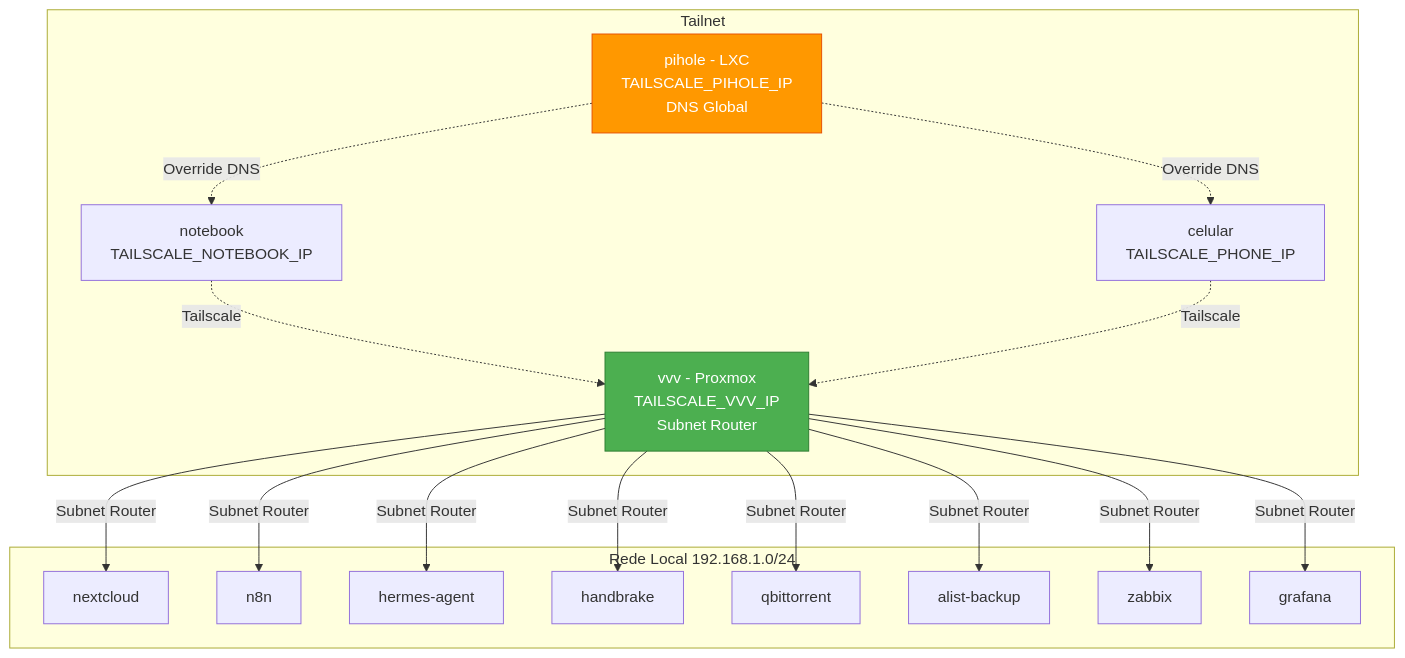
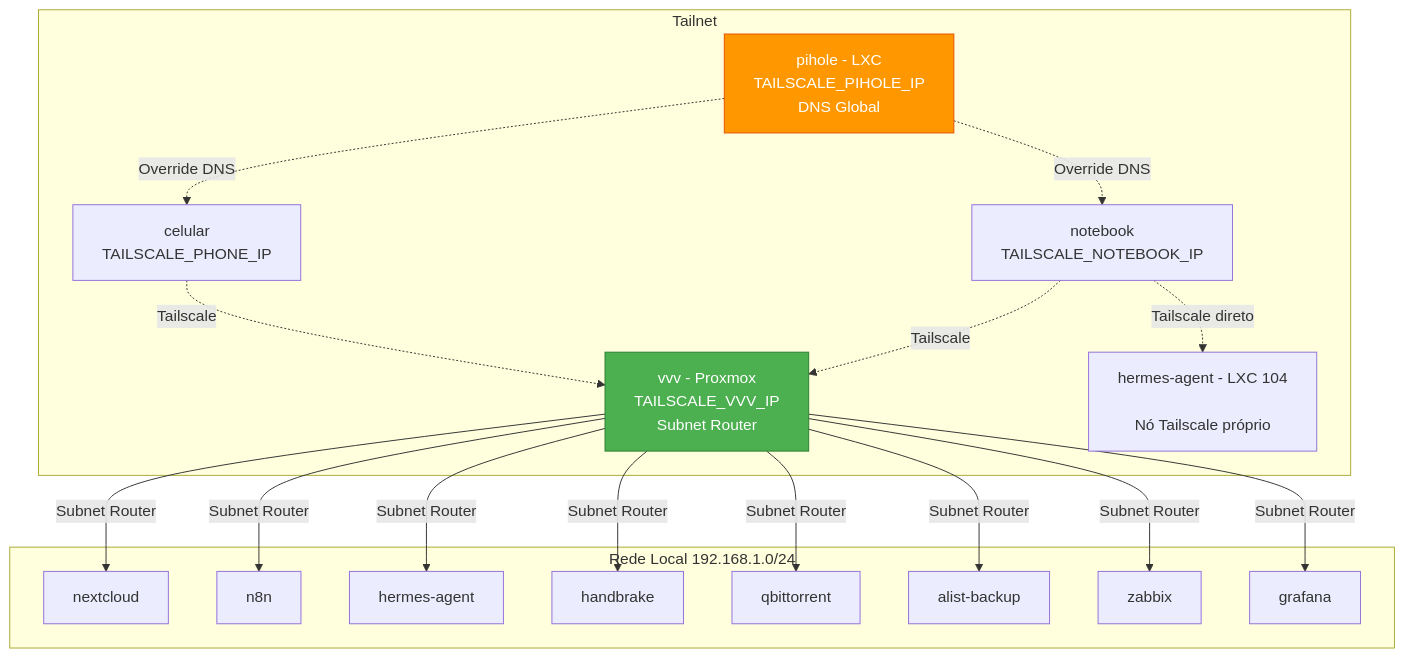
The diagram in docs/networking.md (mviniciusy/vvy-homelab), drawn with Mermaid before and after one commit. The commit also changed other lines of this file and 3 other files, not shown here.

Commit message:
docs: hermes-serve substitui hermes-dashboard — bind 0.0.0.0 + Basic Auth, Tailscale direto no LXC 104 (credenciais sanitizadas)

````diff
--- a/docs/networking.md
+++ b/docs/networking.md
@@ -11,28 +11,30 @@
 ```mermaid
 graph TB
     subgraph Tailnet
         VVV[vvv - Proxmox<br/>TAILSCALE_VVV_IP<br/>Subnet Router]
         PIHOLE[pihole - LXC<br/>TAILSCALE_PIHOLE_IP<br/>DNS Global]
+        HERMES_TS[hermes-agent - LXC 104<br/><TAILSCALE_HERMES_IP><br/>Nó Tailscale próprio]
         NOTEBOOK[notebook<br/>TAILSCALE_NOTEBOOK_IP]
         PHONE[celular<br/>TAILSCALE_PHONE_IP]
     end
 
     subgraph Rede Local 192.168.1.0/24
         VVV --> |Subnet Router| NEXTCLOUD[nextcloud]
                VVV --> |Subnet Router| N8N[n8n]
         VVV --> |Subnet Router| HERMES[hermes-agent]
         VVV --> |Subnet Router| HANDBRAKE[handbrake]
         VVV --> |Subnet Router| QBIT[qbittorrent]
         VVV --> |Subnet Router| ALIST[alist-backup]
         VVV --> |Subnet Router| ZABBIX[zabbix]
         VVV --> |Subnet Router| GRAFANA[grafana]
     end
 
     NOTEBOOK -.-> |Tailscale| VVV
+    NOTEBOOK -.-> |Tailscale direto| HERMES_TS
     PHONE -.-> |Tailscale| VVV
     PIHOLE -.-> |Override DNS| NOTEBOOK
     PIHOLE -.-> |Override DNS| PHONE
 
     style VVV fill:#4caf50,stroke:#2e7d32,color:#fff
     style PIHOLE fill:#ff9800,stroke:#e65100,color:#fff
 ```
````
